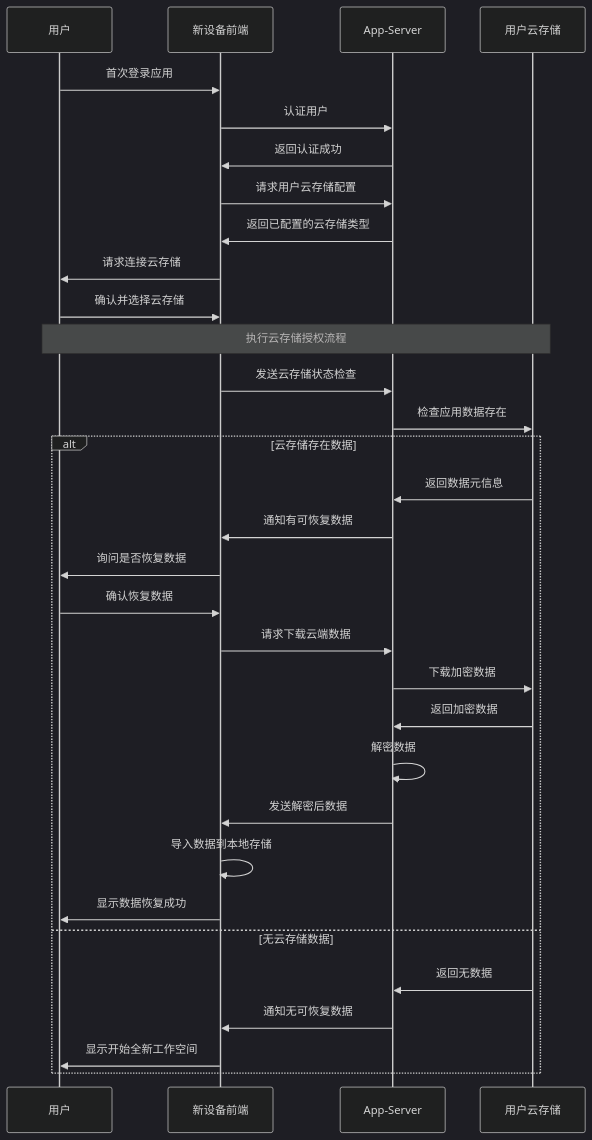
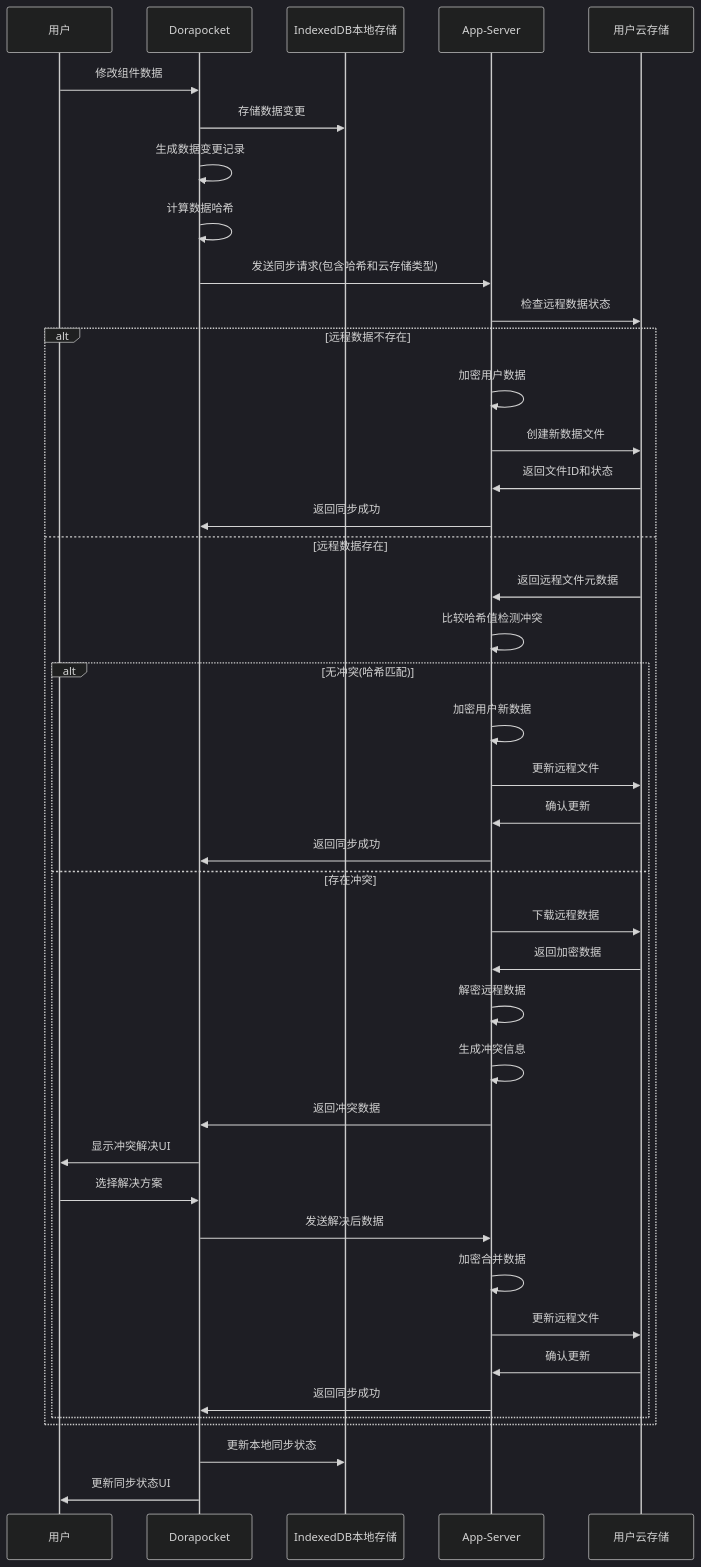
The diagram in all/未命名-34.md (yingjianzh/iodraw-files), drawn with Mermaid (dark theme) before and after one commit.

Commit message:
2025-04-17 14:07:49 update

````diff
--- a/all/未命名-34.md
+++ b/all/未命名-34.md
@@ -1,40 +1,49 @@
 ```mermaid
 sequenceDiagram
     participant User as 用户
-    participant NewDevice as 新设备前端
+    participant Frontend as Dorapocket
+    participant LocalDB as IndexedDB本地存储
     participant AppServer as App-Server
     participant UserCloud as 用户云存储
     
-    User->>NewDevice: 首次登录应用
-    NewDevice->>AppServer: 认证用户
-    AppServer->>NewDevice: 返回认证成功
+    User->>Frontend: 修改组件数据
+    Frontend->>LocalDB: 存储数据变更
+    Frontend->>Frontend: 生成数据变更记录
+    Frontend->>Frontend: 计算数据哈希
+    Frontend->>AppServer: 发送同步请求(包含哈希和云存储类型)
     
-    NewDevice->>AppServer: 请求用户云存储配置
-    AppServer->>NewDevice: 返回已配置的云存储类型
+    AppServer->>UserCloud: 检查远程数据状态
     
-    NewDevice->>User: 请求连接云存储
-    User->>NewDevice: 确认并选择云存储
+    alt 远程数据不存在
+        AppServer->>AppServer: 加密用户数据
+        AppServer->>UserCloud: 创建新数据文件
+        UserCloud->>AppServer: 返回文件ID和状态
+        AppServer->>Frontend: 返回同步成功
+    else 远程数据存在
+        UserCloud->>AppServer: 返回远程文件元数据
+        AppServer->>AppServer: 比较哈希值检测冲突
+        
+        alt 无冲突(哈希匹配)
+            AppServer->>AppServer: 加密用户新数据
+            AppServer->>UserCloud: 更新远程文件
+            UserCloud->>AppServer: 确认更新
+            AppServer->>Frontend: 返回同步成功
+        else 存在冲突
+            AppServer->>UserCloud: 下载远程数据
+            UserCloud->>AppServer: 返回加密数据
+            AppServer->>AppServer: 解密远程数据
+            AppServer->>AppServer: 生成冲突信息
+            AppServer->>Frontend: 返回冲突数据
+            Frontend->>User: 显示冲突解决UI
+            User->>Frontend: 选择解决方案
+            Frontend->>AppServer: 发送解决后数据
+            AppServer->>AppServer: 加密合并数据
+            AppServer->>UserCloud: 更新远程文件
+            UserCloud->>AppServer: 确认更新
+            AppServer->>Frontend: 返回同步成功
+        end
+    end
     
-    note over User,UserCloud: 执行云存储授权流程
-    
-    NewDevice->>AppServer: 发送云存储状态检查
-    AppServer->>UserCloud: 检查应用数据存在
-    
-    alt 云存储存在数据
-        UserCloud->>AppServer: 返回数据元信息
-        AppServer->>NewDevice: 通知有可恢复数据
-        NewDevice->>User: 询问是否恢复数据
-        User->>NewDevice: 确认恢复数据
-        NewDevice->>AppServer: 请求下载云端数据
-        AppServer->>UserCloud: 下载加密数据
-        UserCloud->>AppServer: 返回加密数据
-        AppServer->>AppServer: 解密数据
-        AppServer->>NewDevice: 发送解密后数据
-        NewDevice->>NewDevice: 导入数据到本地存储
-        NewDevice->>User: 显示数据恢复成功
-    else 无云存储数据
-        UserCloud->>AppServer: 返回无数据
-        AppServer->>NewDevice: 通知无可恢复数据
-        NewDevice->>User: 显示开始全新工作空间
-    end
+    Frontend->>LocalDB: 更新本地同步状态
+    Frontend->>User: 更新同步状态UI
 ```
````
